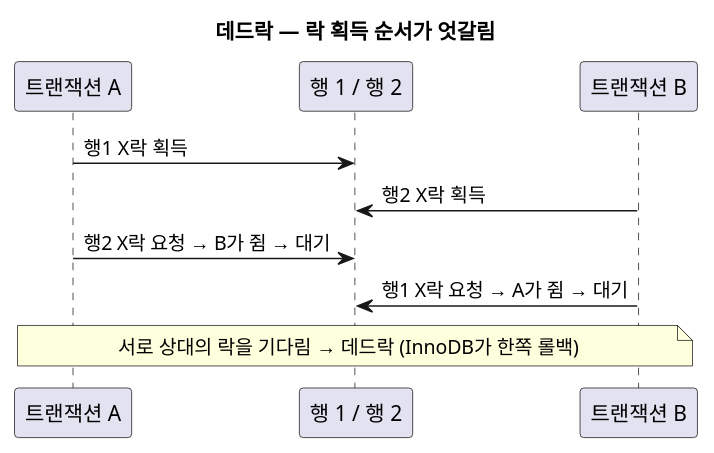
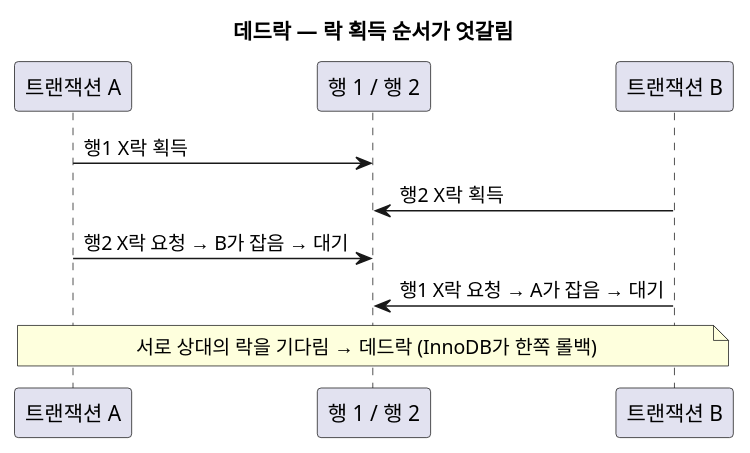
One commit to johnycho/johny-dev changed the second of 4 diagrams in blog/2026-09-23-db-shared-exclusive-locks.mdx. Above: the diagram before and after it, drawn with PlantUML. The commit also changed other lines of this file and 29 other files, not shown here.

````diff
--- a/blog/2026-09-23-db-shared-exclusive-locks.mdx
+++ b/blog/2026-09-23-db-shared-exclusive-locks.mdx
@@ -69,13 +69,13 @@
 ```plantuml
 @startuml
 title 데드락 — 락 획득 순서가 엇갈림
 participant "트랜잭션 A" as A
 participant "행 1 / 행 2" as R
 participant "트랜잭션 B" as B
 A -> R : 행1 X락 획득
 B -> R : 행2 X락 획득
-A -> R : 행2 X락 요청 → B가 쥠 → 대기
-B -> R : 행1 X락 요청 → A가 쥠 → 대기
+A -> R : 행2 X락 요청 → B가 잡음 → 대기
+B -> R : 행1 X락 요청 → A가 잡음 → 대기
 note over A, B : 서로 상대의 락을 기다림 → 데드락 (InnoDB가 한쪽 롤백)
 @enduml
 ```
````
